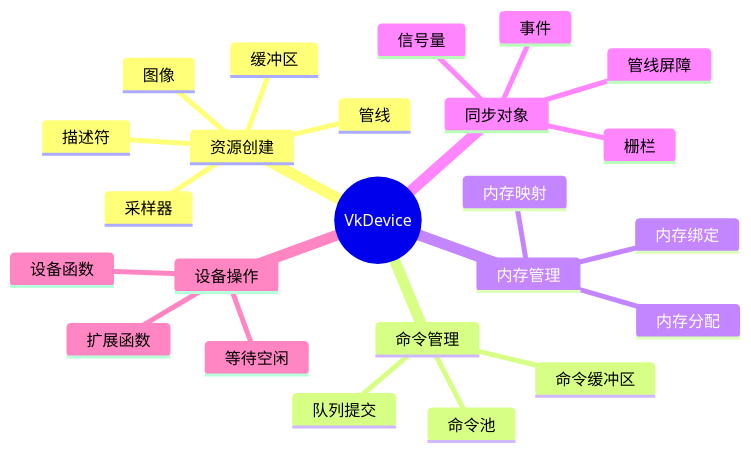
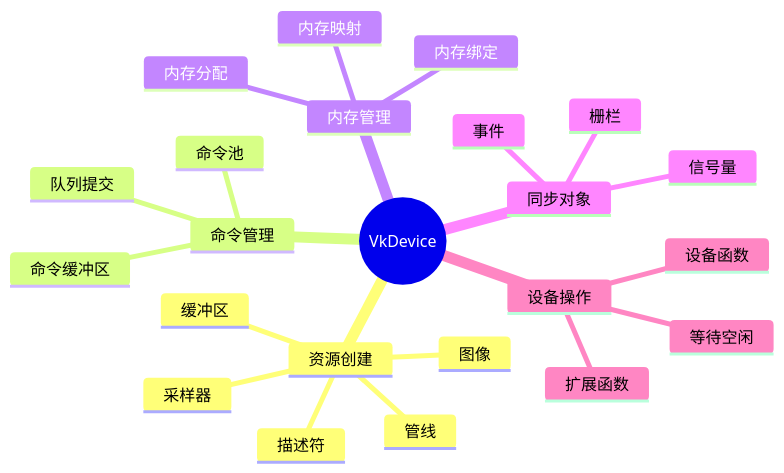
One commit to diandiandevelop/Vulkan changed the second of 20 diagrams in fenxi/详细分析/VkDevice详细分析.md. Above: the diagram before and after it, drawn with Mermaid. The commit also changed other lines of this file and 18 other files, not shown here.

````diff
--- a/fenxi/详细分析/VkDevice详细分析.md
+++ b/fenxi/详细分析/VkDevice详细分析.md
@@ -74,27 +74,26 @@
 ```mermaid
 mindmap
   root((VkDevice))
     资源创建
       缓冲区
       图像
       采样器
       管线
       描述符
     命令管理
       命令池
       命令缓冲区
       队列提交
     内存管理
       内存分配
       内存绑定
       内存映射
     同步对象
       信号量
       栅栏
       事件
-      管线屏障
     设备操作
       等待空闲
       设备函数
       扩展函数
 ```
````
